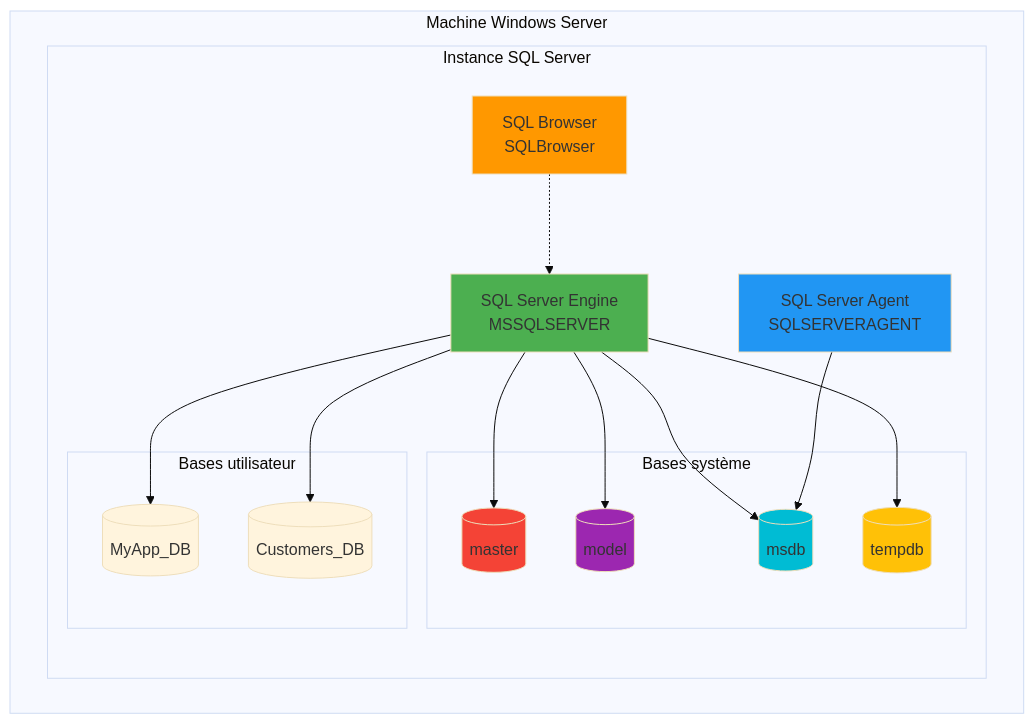
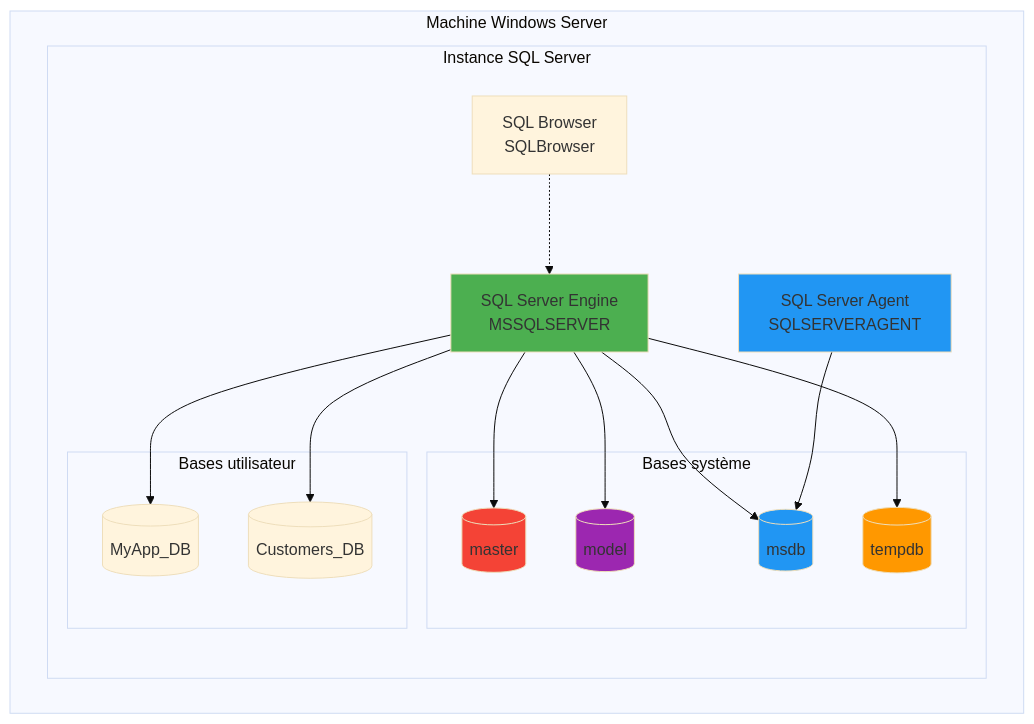
The first of 2 diagrams in docs/formations/sql-server/01-module.md (VBlackJack/ShellBook), drawn with Mermaid (base theme) before and after one commit. The commit also changed other lines of this file and 337 other files, not shown here.

First line of the commit message:
refactor(docs): Standardize code blocks and Mermaid colors

````diff
--- a/docs/formations/sql-server/01-module.md
+++ b/docs/formations/sql-server/01-module.md
@@ -38,40 +38,40 @@
 ```mermaid
 graph TB
     subgraph "Machine Windows Server"
         subgraph "Instance SQL Server"
             ENGINE[SQL Server Engine<br/>MSSQLSERVER]
             AGENT[SQL Server Agent<br/>SQLSERVERAGENT]
             BROWSER[SQL Browser<br/>SQLBrowser]
 
             subgraph "Bases système"
                 MASTER[(master)]
                 MODEL[(model)]
                 MSDB[(msdb)]
                 TEMPDB[(tempdb)]
             end
 
             subgraph "Bases utilisateur"
                 DB1[(MyApp_DB)]
                 DB2[(Customers_DB)]
             end
         end
     end
 
     ENGINE --> MASTER
     ENGINE --> MODEL
     ENGINE --> MSDB
     ENGINE --> TEMPDB
     ENGINE --> DB1
     ENGINE --> DB2
 
     AGENT --> MSDB
     BROWSER -.-> ENGINE
 
     style ENGINE fill:#4CAF50
     style AGENT fill:#2196F3
-    style BROWSER fill:#FF9800
+    style BROWSER fill:#FF9800800800
     style MASTER fill:#F44336
     style MODEL fill:#9C27B0
-    style MSDB fill:#00BCD4
-    style TEMPDB fill:#FFC107
+    style MSDB fill:#2196F3
+    style TEMPDB fill:#FF9800
 ```
````
